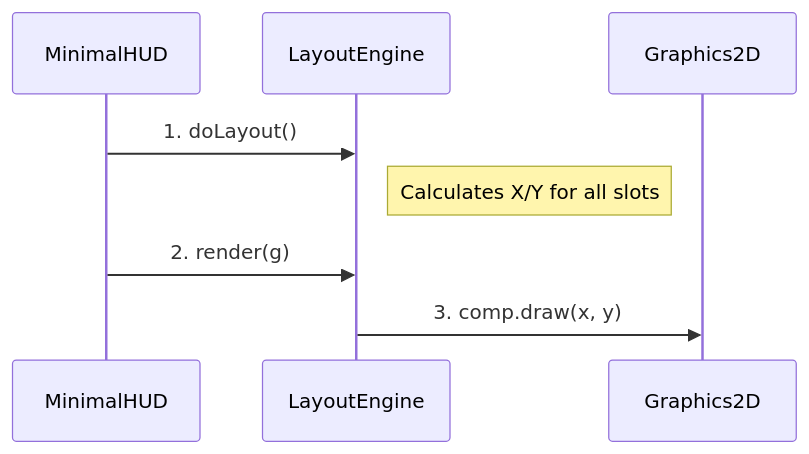
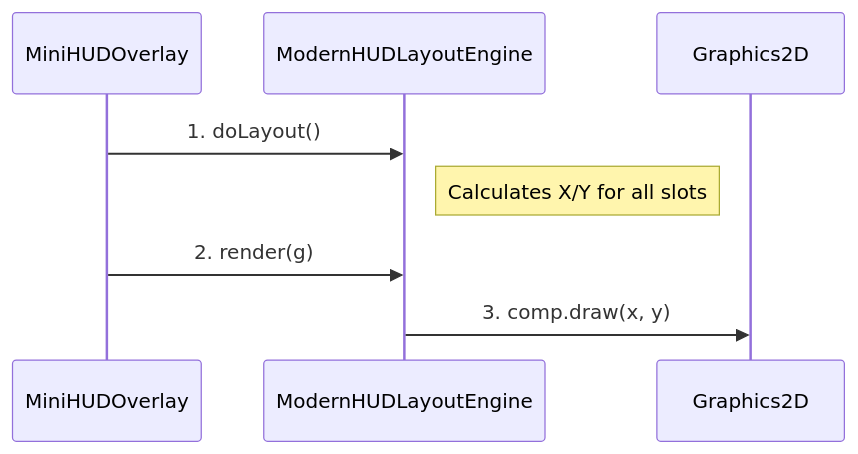
One commit to matrixsukhoi/voidmei changed the fourth of 5 diagrams in doc/voidmei贡献者开发手册.md. Above: the diagram before and after it, drawn with Mermaid. The commit also changed other lines of this file and 5 other files, not shown here.

````diff
--- a/doc/voidmei贡献者开发手册.md
+++ b/doc/voidmei贡献者开发手册.md
@@ -291,11 +375,11 @@
 ```mermaid
 sequenceDiagram
-    participant HUD as MinimalHUD
-    participant LE as LayoutEngine
+    participant HUD as MiniHUDOverlay
+    participant LE as ModernHUDLayoutEngine
     participant G as Graphics2D
-    
+
     HUD->>LE: 1. doLayout()
     Note right of LE: Calculates X/Y for all slots
     HUD->>LE: 2. render(g)
     LE->>G: 3. comp.draw(x, y)
 ```
````
